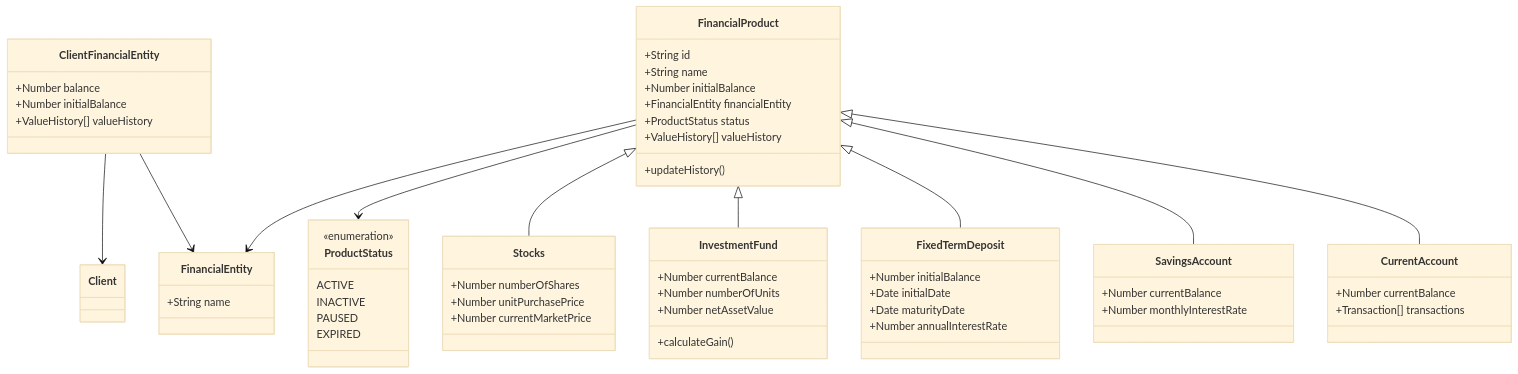
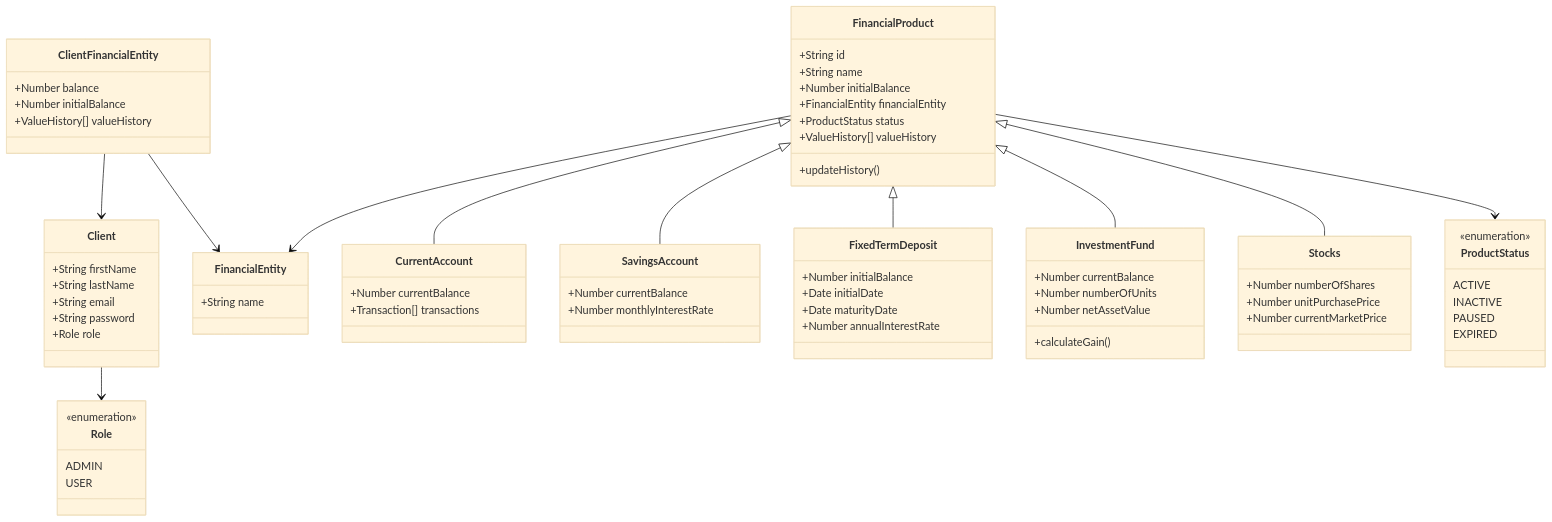
One commit to pabordonez/myfintonic changed the diagram in docs/001-myfintonic_design.md. Above: the diagram before and after it, drawn with Mermaid (base theme). The commit also changed other lines of this file and 36 other files, not shown here.

````diff
--- a/docs/001-myfintonic_design.md
+++ b/docs/001-myfintonic_design.md
@@ -354,5 +367,19 @@
 ```mermaid
 classDiagram
+    class Client {
+        +String firstName
+        +String lastName
+        +String email
+        +String password
+        +Role role
+    }
+
+    class Role {
+        <<enumeration>>
+        ADMIN
+        USER
+    }
+
     class FinancialEntity {
         +String name
     }
@@ -417,6 +444,7 @@
         EXPIRED
     }
 
+    Client --> Role
     FinancialProduct --> ProductStatus
     FinancialProduct --> FinancialEntity
     ClientFinancialEntity --> FinancialEntity
````
